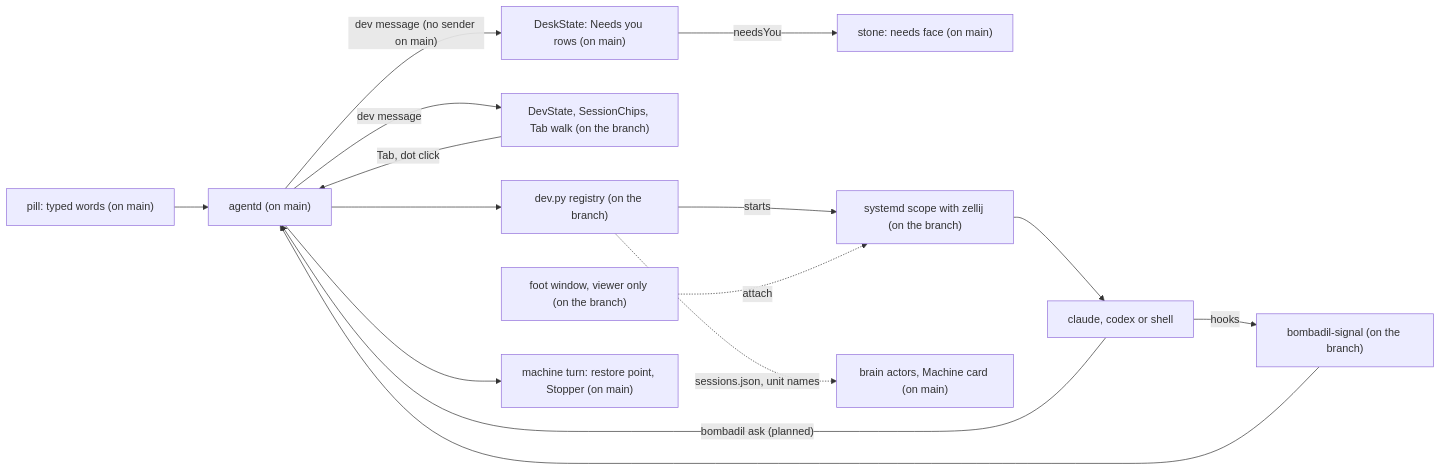
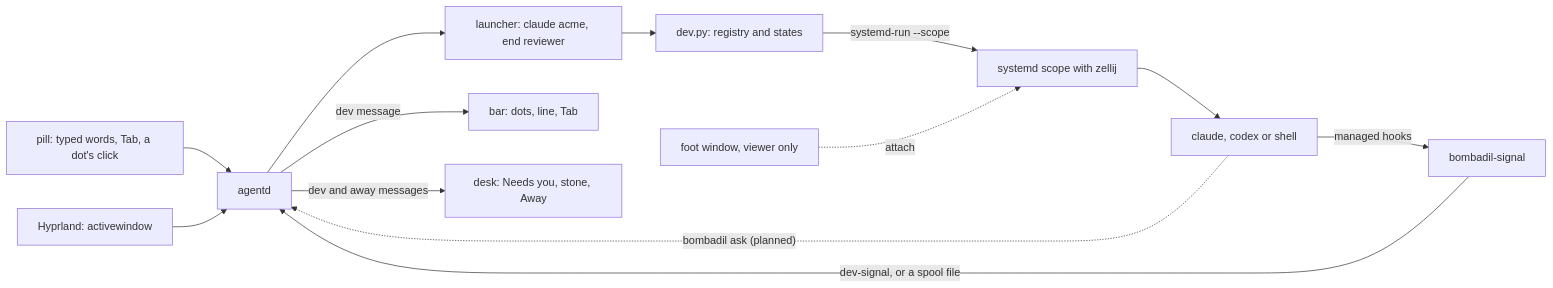
Before and after one commit to thedefaultman/Bombadil: the diagram in docs/architecture/coding-sessions.md, drawn with Mermaid. The commit also changed other lines of this file and 37 other files, not shown here.

First line of the commit message:
docs: image, install and session-service pages checked against main with coding sessions (work in progress)

````diff
--- a/docs/architecture/coding-sessions.md
+++ b/docs/architecture/coding-sessions.md
@@ -28,17 +28,15 @@
 ```mermaid
 flowchart LR
-    pill["pill: typed words (on main)"] --> agentd["agentd (on main)"]
-    agentd -->|"dev message (no sender on main)"| desk["DeskState: Needs you rows (on main)"]
-    desk -->|"needsYou"| stone["stone: needs face (on main)"]
-    agentd -->|"dev message"| chips["DevState, SessionChips, Tab walk (on the branch)"]
-    chips -->|"Tab, dot click"| agentd
-    agentd --> dev["dev.py registry (on the branch)"]
-    dev -->|"starts"| scope["systemd scope with zellij (on the branch)"]
+    pill["pill: typed words, Tab, a dot's click"] --> agentd["agentd"]
+    agentd --> launcher["launcher: claude acme, end reviewer"]
+    launcher --> dev["dev.py: registry and states"]
+    dev -->|"systemd-run --scope"| scope["systemd scope with zellij"]
     scope --> tool["claude, codex or shell"]
-    viewer["foot window, viewer only (on the branch)"] -.->|"attach"| scope
-    tool -->|"hooks"| signal["bombadil-signal (on the branch)"]
-    signal --> agentd
-    tool -->|"bombadil ask (planned)"| agentd
-    agentd --> turn["machine turn: restore point, Stopper (on main)"]
-    dev -.->|"sessions.json, unit names"| brain["brain actors, Machine card (on main)"]
+    viewer["foot window, viewer only"] -.->|"attach"| scope
+    tool -->|"managed hooks"| signal["bombadil-signal"]
+    signal -->|"dev-signal, or a spool file"| agentd
+    hypr["Hyprland: activewindow"] --> agentd
+    agentd -->|"dev message"| bar["bar: dots, line, Tab"]
+    agentd -->|"dev and away messages"| desk["desk: Needs you, stone, Away"]
+    tool -.->|"bombadil ask (planned)"| agentd
 ```
````
